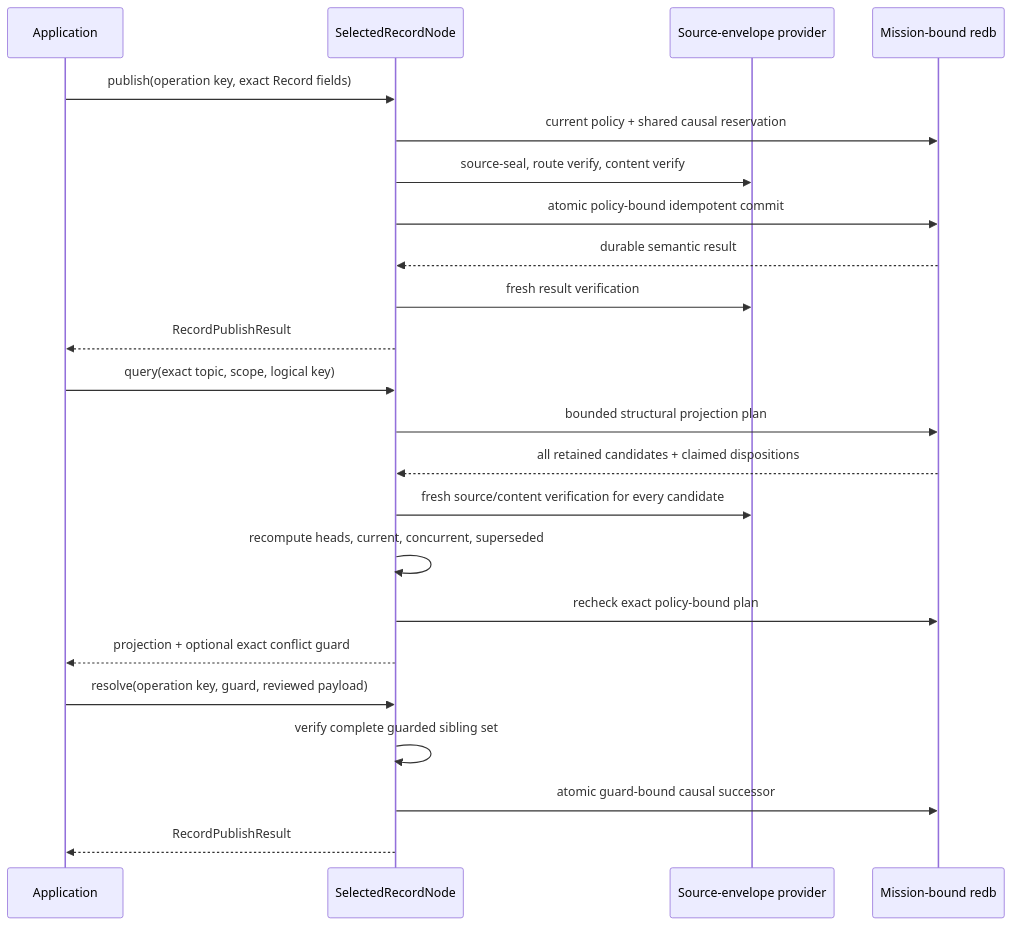
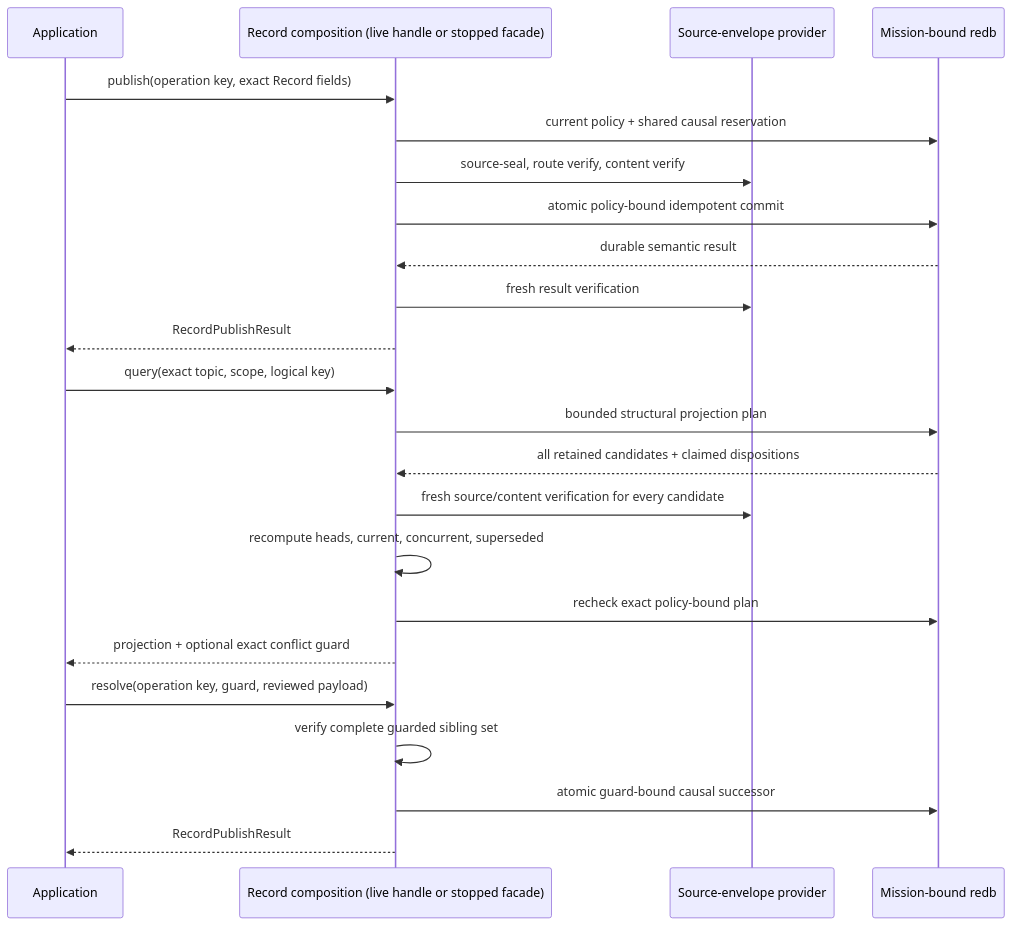
One commit to asirak-astertech/aster changed the second of 2 diagrams in docs/quickstart/selected-record-api.md. Above: the diagram before and after it, drawn with Mermaid. The commit also changed other lines of this file and 29 other files, not shown here.

First line of the commit message:
Add live selected State and Record application handles (#43)

````diff
--- a/docs/quickstart/selected-record-api.md
+++ b/docs/quickstart/selected-record-api.md
@@ -285,28 +372,28 @@
 ```mermaid
 sequenceDiagram
     participant A as Application
-    participant N as SelectedRecordNode
+    participant N as Record composition (live handle or stopped facade)
     participant C as Source-envelope provider
     participant S as Mission-bound redb
 
     A->>N: publish(operation key, exact Record fields)
     N->>S: current policy + shared causal reservation
     N->>C: source-seal, route verify, content verify
     N->>S: atomic policy-bound idempotent commit
     S-->>N: durable semantic result
     N->>C: fresh result verification
     N-->>A: RecordPublishResult
 
     A->>N: query(exact topic, scope, logical key)
     N->>S: bounded structural projection plan
     S-->>N: all retained candidates + claimed dispositions
     N->>C: fresh source/content verification for every candidate
     N->>N: recompute heads, current, concurrent, superseded
     N->>S: recheck exact policy-bound plan
     N-->>A: projection + optional exact conflict guard
 
     A->>N: resolve(operation key, guard, reviewed payload)
     N->>N: verify complete guarded sibling set
     N->>S: atomic guard-bound causal successor
     N-->>A: RecordPublishResult
 ```
````
